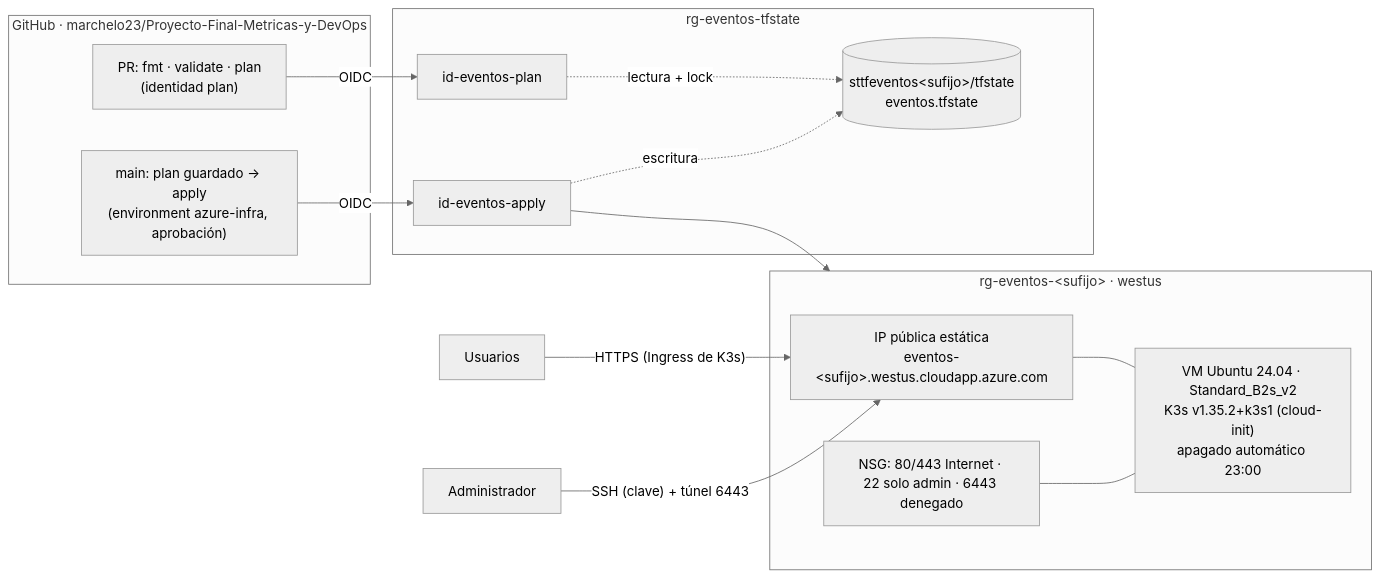
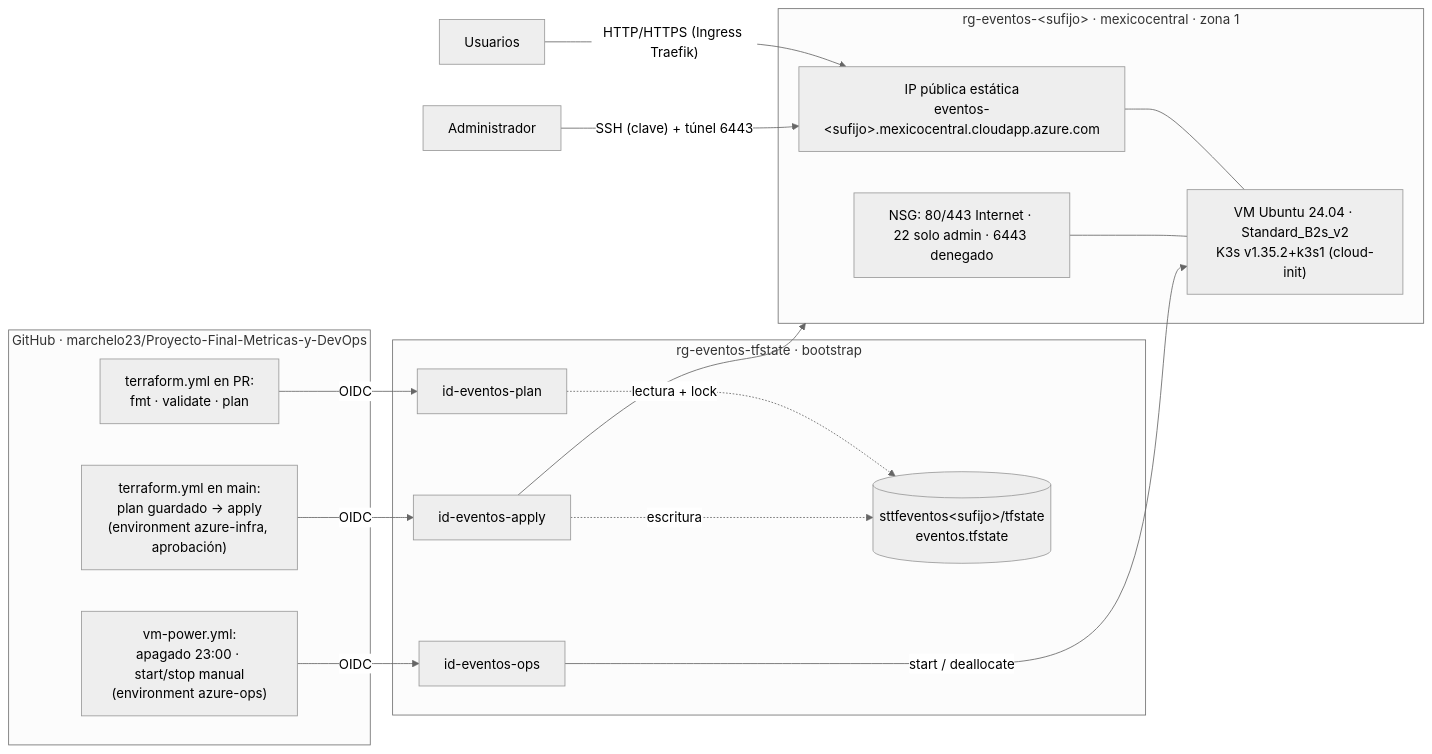
The diagram in docs/infra/README.md (Sushiland123/Proyecto-Final-Metricas-y-DevOps), drawn with Mermaid (neutral theme) before and after one commit. The commit also changed other lines of this file and 6 other files, not shown here.

````diff
--- a/docs/infra/README.md
+++ b/docs/infra/README.md
@@ -7,26 +7,30 @@
 ```mermaid
 flowchart LR
     subgraph gh["GitHub · marchelo23/Proyecto-Final-Metricas-y-DevOps"]
-        pr["PR: fmt · validate · plan<br/>(identidad plan)"]
-        main["main: plan guardado → apply<br/>(environment azure-infra, aprobación)"]
+        pr["terraform.yml en PR:<br/>fmt · validate · plan"]
+        main["terraform.yml en main:<br/>plan guardado → apply<br/>(environment azure-infra, aprobación)"]
+        power["vm-power.yml:<br/>apagado 23:00 · start/stop manual<br/>(environment azure-ops)"]
     end
-    subgraph state["rg-eventos-tfstate"]
+    subgraph boot["rg-eventos-tfstate · bootstrap"]
         st[("sttfeventos&lt;sufijo&gt;/tfstate<br/>eventos.tfstate")]
         idp["id-eventos-plan"]
         ida["id-eventos-apply"]
+        ido["id-eventos-ops"]
     end
-    subgraph rg["rg-eventos-&lt;sufijo&gt; · westus"]
-        pip["IP pública estática<br/>eventos-&lt;sufijo&gt;.westus.cloudapp.azure.com"]
+    subgraph rg["rg-eventos-&lt;sufijo&gt; · mexicocentral · zona 1"]
+        pip["IP pública estática<br/>eventos-&lt;sufijo&gt;.mexicocentral.cloudapp.azure.com"]
         nsg["NSG: 80/443 Internet · 22 solo admin · 6443 denegado"]
-        vm["VM Ubuntu 24.04 · Standard_B2s_v2<br/>K3s v1.35.2+k3s1 (cloud-init)<br/>apagado automático 23:00"]
+        vm["VM Ubuntu 24.04 · Standard_B2s_v2<br/>K3s v1.35.2+k3s1 (cloud-init)"]
         pip --- vm
         nsg --- vm
     end
     pr -- OIDC --> idp
     main -- OIDC --> ida
+    power -- OIDC --> ido
     idp -. lectura + lock .-> st
     ida -. escritura .-> st
     ida --> rg
-    users["Usuarios"] -- "HTTPS (Ingress de K3s)" --> pip
+    ido -- "start / deallocate" --> vm
+    users["Usuarios"] -- "HTTP/HTTPS (Ingress Traefik)" --> pip
     admin["Administrador"] -- "SSH (clave) + túnel 6443" --> pip
 ```
````
